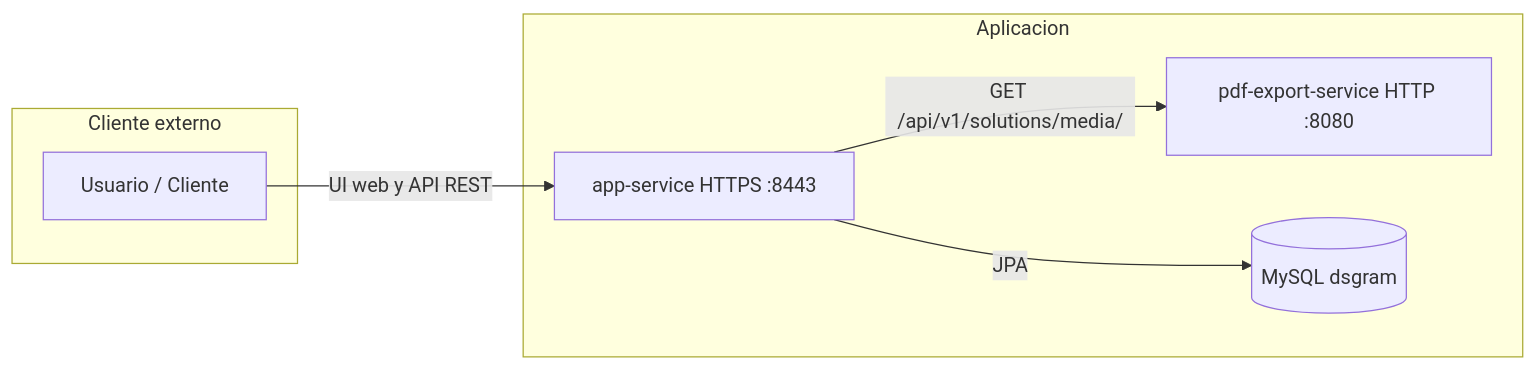
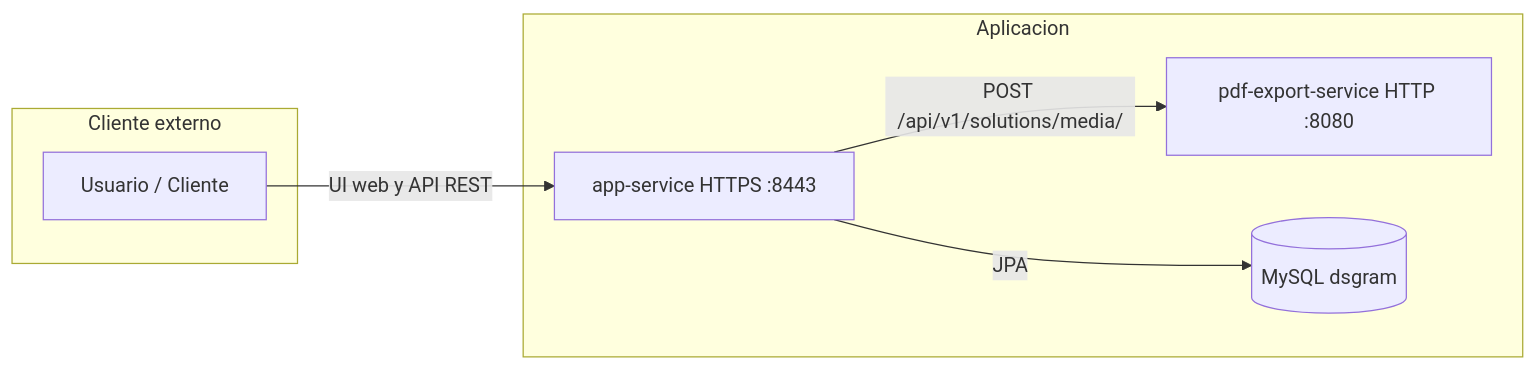
Before and after one commit to CodeURJC-SSDD-2025-26/practica-ssdd-2025-26-grupo-15: the diagram in README.md, drawn with Mermaid.

````diff
--- a/README.md
+++ b/README.md
@@ -640,16 +640,16 @@
 ```mermaid
 flowchart LR
 	subgraph Ext[Cliente externo]
 		user[Usuario / Cliente]
 	end
 
 	subgraph App[Aplicacion]
 		app[app-service HTTPS :8443]
 		pdf[pdf-export-service HTTP :8080]
 		mysql[(MySQL dsgram)]
 	end
 
 	user -->|UI web y API REST| app
-	app -->|GET /api/v1/solutions/media/| pdf
+	app -->|POST /api/v1/solutions/media/| pdf
 	app -->|JPA| mysql
 ```
````
